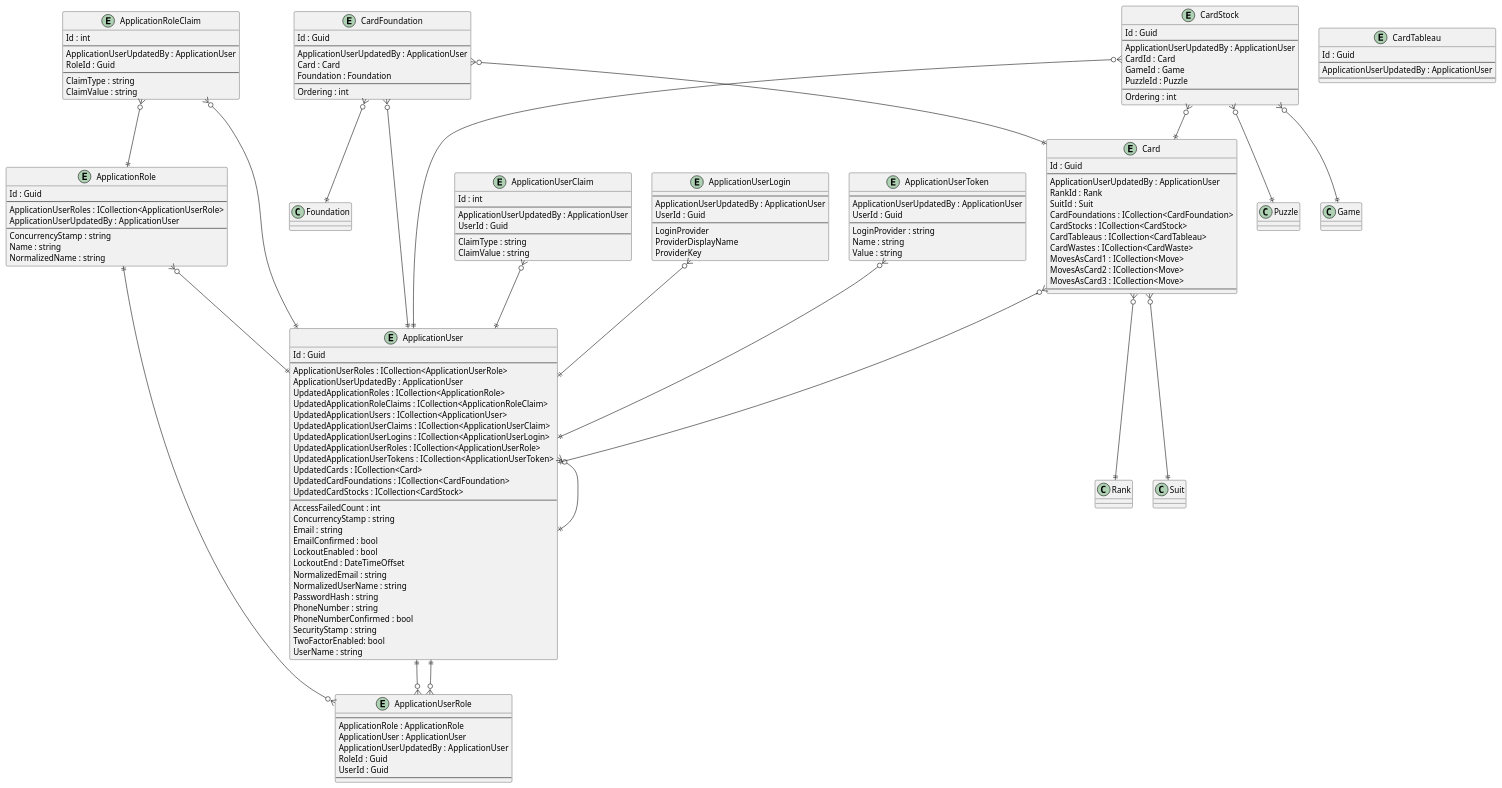
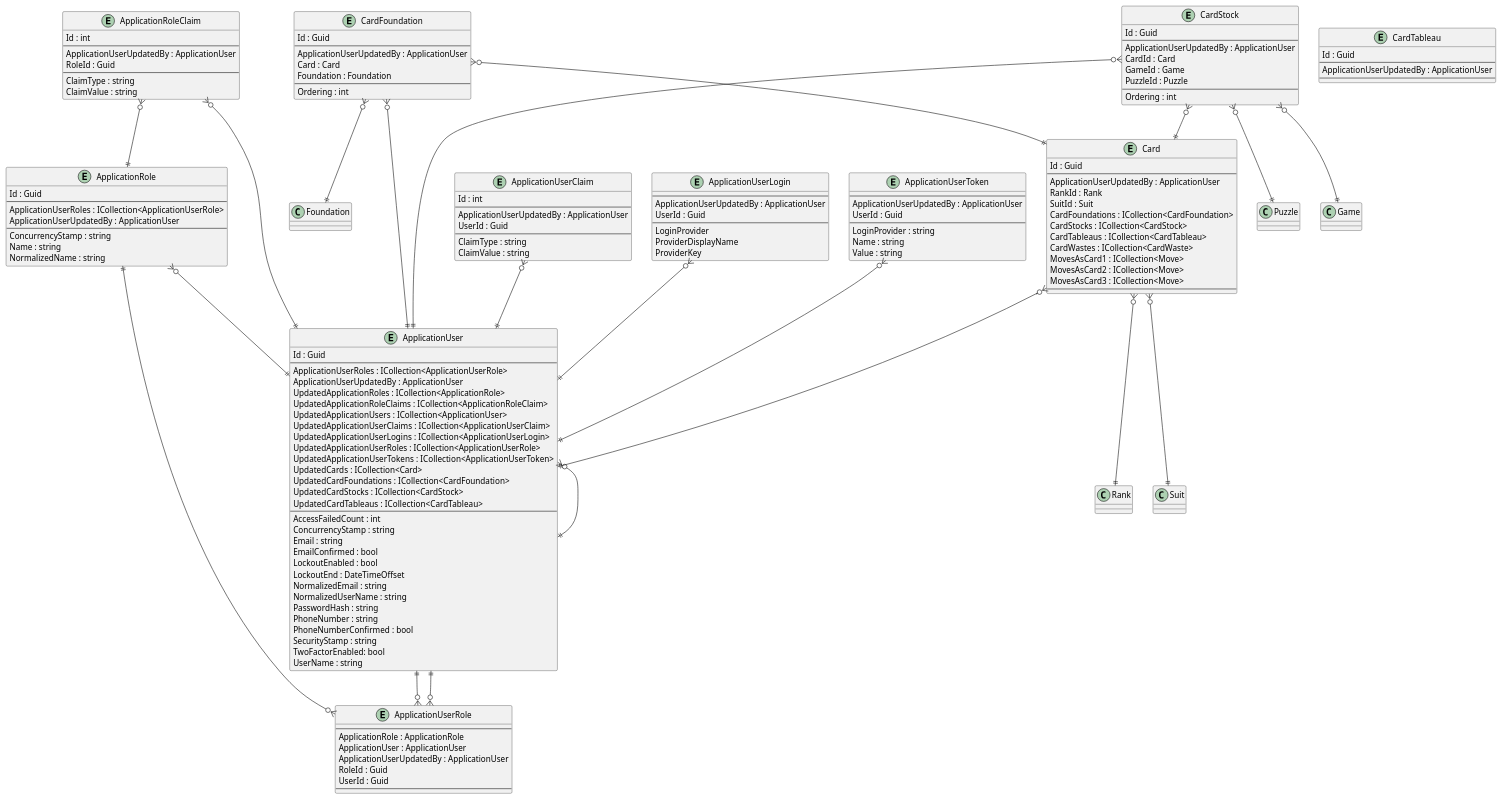
Before and after one commit to intrepion/intrepion_klondike-solitaire_csharp: the diagram in .docs/Intrepion.KlondikeSolitaire.pu, drawn with PlantUML.

```diff
--- a/.docs/Intrepion.KlondikeSolitaire.pu
+++ b/.docs/Intrepion.KlondikeSolitaire.pu
@@ -1,174 +1,175 @@
 @startuml
 
 entity ApplicationRole {
     Id : Guid
     --
     ApplicationUserRoles : ICollection<ApplicationUserRole>
     ApplicationUserUpdatedBy : ApplicationUser
     --
     ConcurrencyStamp : string
     Name : string
     NormalizedName : string
 }
 
 entity ApplicationRoleClaim {
     Id : int
     --
     ApplicationUserUpdatedBy : ApplicationUser
     RoleId : Guid
     --
     ClaimType : string
     ClaimValue : string
 }
 
 entity ApplicationUser {
     Id : Guid
     --
     ApplicationUserRoles : ICollection<ApplicationUserRole>
     ApplicationUserUpdatedBy : ApplicationUser
     UpdatedApplicationRoles : ICollection<ApplicationRole>
     UpdatedApplicationRoleClaims : ICollection<ApplicationRoleClaim>
     UpdatedApplicationUsers : ICollection<ApplicationUser>
     UpdatedApplicationUserClaims : ICollection<ApplicationUserClaim>
     UpdatedApplicationUserLogins : ICollection<ApplicationUserLogin>
     UpdatedApplicationUserRoles : ICollection<ApplicationUserRole>
     UpdatedApplicationUserTokens : ICollection<ApplicationUserToken>
     UpdatedCards : ICollection<Card>
     UpdatedCardFoundations : ICollection<CardFoundation>
     UpdatedCardStocks : ICollection<CardStock>
+    UpdatedCardTableaus : ICollection<CardTableau>
     ' ApplicationUserKeyCodePlaceholder
     --
     AccessFailedCount : int
     ConcurrencyStamp : string
     Email : string
     EmailConfirmed : bool
     LockoutEnabled : bool
     LockoutEnd : DateTimeOffset
     NormalizedEmail : string
     NormalizedUserName : string
     PasswordHash : string
     PhoneNumber : string
     PhoneNumberConfirmed : bool
     SecurityStamp : string
     TwoFactorEnabled: bool
     UserName : string
 }
 
 entity ApplicationUserClaim {
     Id : int
     --
     ApplicationUserUpdatedBy : ApplicationUser
     UserId : Guid
     --
     ClaimType : string
     ClaimValue : string
 }
 
 entity ApplicationUserLogin {
     --
     ApplicationUserUpdatedBy : ApplicationUser
     UserId : Guid
     --
     LoginProvider
     ProviderDisplayName
     ProviderKey
 }
 
 entity ApplicationUserRole {
     --
     ApplicationRole : ApplicationRole
     ApplicationUser : ApplicationUser
     ApplicationUserUpdatedBy : ApplicationUser
     RoleId : Guid
     UserId : Guid
     --
 }
 
 entity ApplicationUserToken {
     --
     ApplicationUserUpdatedBy : ApplicationUser
     UserId : Guid
     --
     LoginProvider : string
     Name : string
     Value : string
 }
 
 entity Card {
     Id : Guid
     --
     ApplicationUserUpdatedBy : ApplicationUser
     RankId : Rank
     SuitId : Suit
     CardFoundations : ICollection<CardFoundation>
     CardStocks : ICollection<CardStock>
     CardTableaus : ICollection<CardTableau>
     CardWastes : ICollection<CardWaste>
     MovesAsCard1 : ICollection<Move>
     MovesAsCard2 : ICollection<Move>
     MovesAsCard3 : ICollection<Move>
     ' CardKeyCodePlaceholder
     --
     ' CardPropertyCodePlaceholder
 }
 
 entity CardFoundation {
     Id : Guid
     --
     ApplicationUserUpdatedBy : ApplicationUser
     Card : Card
     Foundation : Foundation
     ' CardFoundationKeyCodePlaceholder
     --
     Ordering : int
     ' CardFoundationPropertyCodePlaceholder
 }
 
 entity CardStock {
     Id : Guid
     --
     ApplicationUserUpdatedBy : ApplicationUser
     CardId : Card
     GameId : Game
     PuzzleId : Puzzle
     ' CardStockKeyCodePlaceholder
     --
     Ordering : int
     ' CardStockPropertyCodePlaceholder
 }
 
 entity CardTableau {
     Id : Guid
     --
     ApplicationUserUpdatedBy : ApplicationUser
     ' CardTableauKeyCodePlaceholder
     --
     ' CardTableauPropertyCodePlaceholder
 }
 
 ' EntityCodePlaceholder
 
 ApplicationRole ||--o{ ApplicationUserRole
 ApplicationRole }o--|| ApplicationUser
 ApplicationRoleClaim }o--|| ApplicationRole
 ApplicationRoleClaim }o--|| ApplicationUser
 ApplicationUser }o--|| ApplicationUser
 ApplicationUser ||--o{ ApplicationUserRole
 ApplicationUserClaim }o--|| ApplicationUser
 ApplicationUserLogin }o--|| ApplicationUser
 ApplicationUserRole }o--|| ApplicationUser
 ApplicationUserToken }o--|| ApplicationUser
 
 Card }o--|| ApplicationUser
 Card }o--|| Rank
 Card }o--|| Suit
 CardFoundation }o--|| ApplicationUser
 CardFoundation }o--|| Card
 CardFoundation }o--|| Foundation
 CardStock }o--|| ApplicationUser
 CardStock }o--|| Card
 CardStock }o--|| Game
 CardStock }o--|| Puzzle
 ' RelationshipCodePlaceholder
 
 @enduml
```
